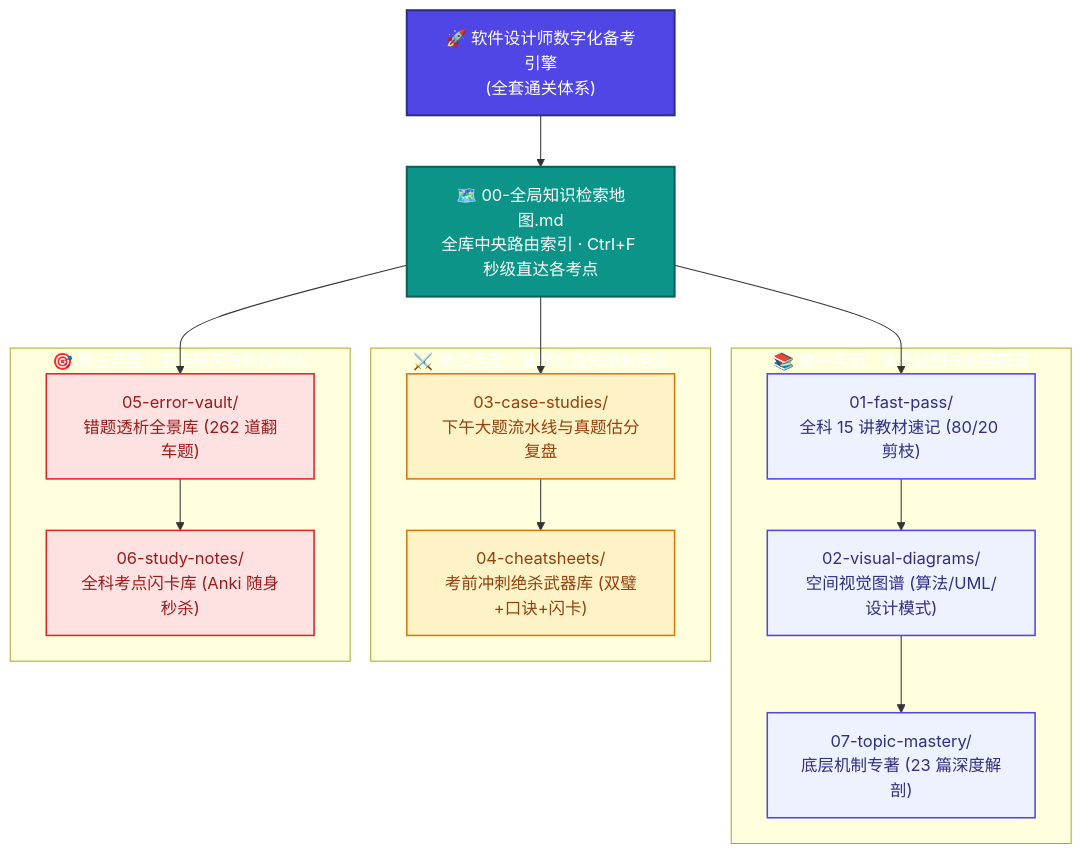
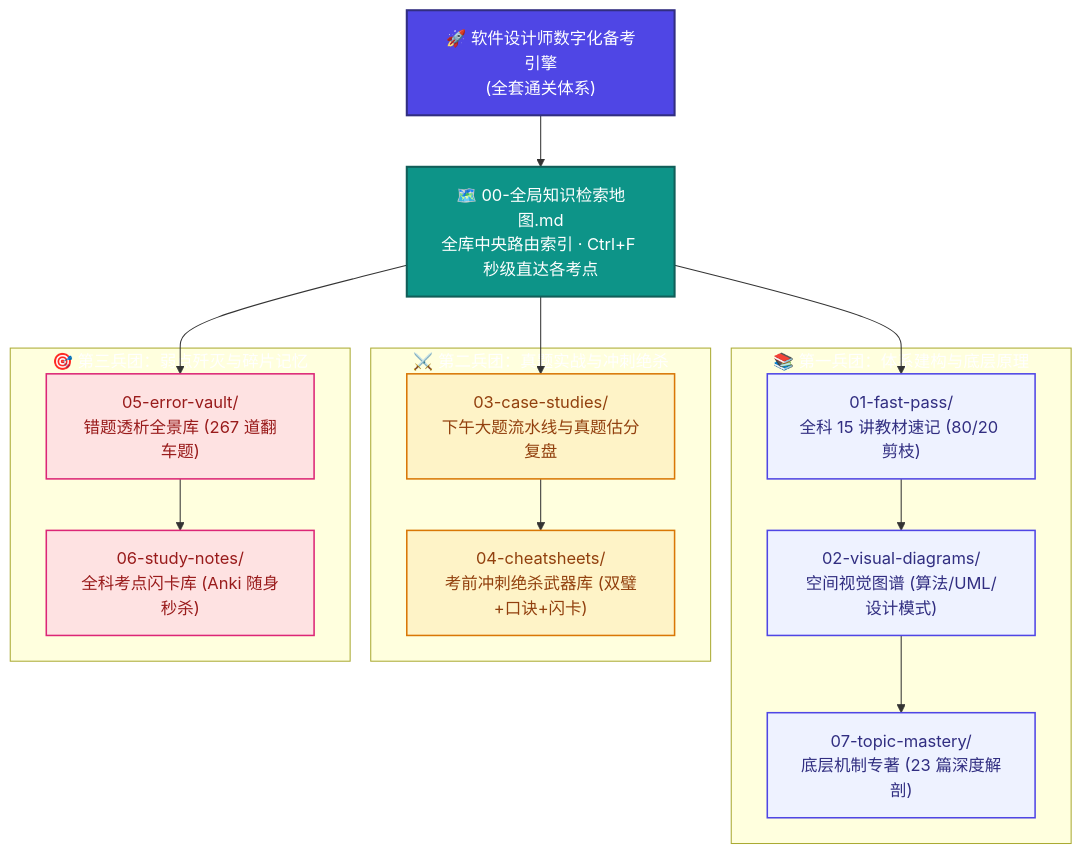
One commit to cpsa3/software-designer-fast-pass changed the diagram in README.md. Above: the diagram before and after it, drawn with Mermaid. The commit also changed other lines of this file and 2 other files, not shown here.

Commit message:
docs(error-vault): 归档错题263~267(非平凡子串计数公式/编译语法分析/状态模式Context主接口/UML类图关联/模块过程内聚)

````diff
--- a/README.md
+++ b/README.md
@@ -70,36 +70,36 @@
 ```mermaid
 flowchart TD
     classDef root fill:#4F46E5,stroke:#312E81,stroke-width:2px,color:#fff
     classDef hub fill:#0D9488,stroke:#115E59,stroke-width:2px,color:#fff
     classDef base fill:#EEF2FF,stroke:#4F46E5,stroke-width:1.5px,color:#312E81
     classDef exam fill:#FEF3C7,stroke:#D97706,stroke-width:1.5px,color:#92400E
-    classDef vault fill:#FEE2E2,stroke:#DC2626,stroke-width:1.5px,color:#991B1B
+    classDef vault fill:#FEE2E2,stroke:#DC2676,stroke-width:1.5px,color:#991B1B
 
     Root["🚀 软件设计师数字化备考引擎<br>(全套通关体系)"]:::root
     Map["🗺️ 00-全局知识检索地图.md<br>全库中央路由索引 · Ctrl+F 秒级直达各考点"]:::hub
 
     Root --> Map
 
     subgraph G1["📚 第一兵团：体系建构与底层原理"]
         M1["01-fast-pass/<br>全科 15 讲教材速记 (80/20 剪枝)"]:::base
         M2["02-visual-diagrams/<br>空间视觉图谱 (算法/UML/设计模式)"]:::base
         M7["07-topic-mastery/<br>底层机制专著 (23 篇深度解剖)"]:::base
         M1 --> M2 --> M7
     end
 
     subgraph G2["⚔️ 第二兵团：真题实战与冲刺绝杀"]
         M3["03-case-studies/<br>下午大题流水线与真题估分复盘"]:::exam
         M4["04-cheatsheets/<br>考前冲刺绝杀武器库 (双璧+口诀+闪卡)"]:::exam
         M3 --> M4
     end
 
     subgraph G3["🎯 第三兵团：弱点歼灭与碎片记忆"]
-        M5["05-error-vault/<br>错题透析全景库 (262 道翻车题)"]:::vault
+        M5["05-error-vault/<br>错题透析全景库 (267 道翻车题)"]:::vault
         M6["06-study-notes/<br>全科考点闪卡库 (Anki 随身秒杀)"]:::vault
         M5 --> M6
     end
 
     Map --> M1
     Map --> M3
     Map --> M5
 ```
````
